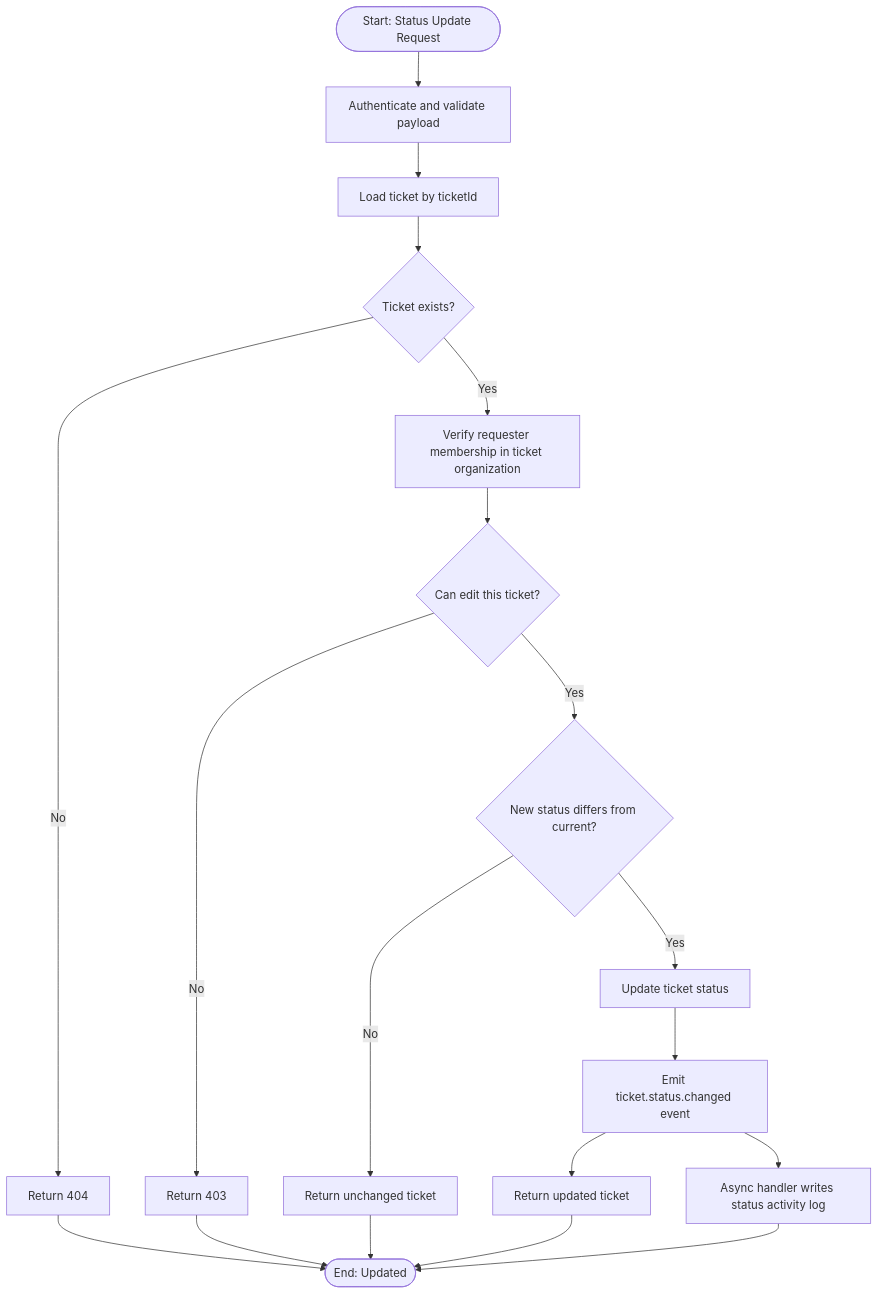
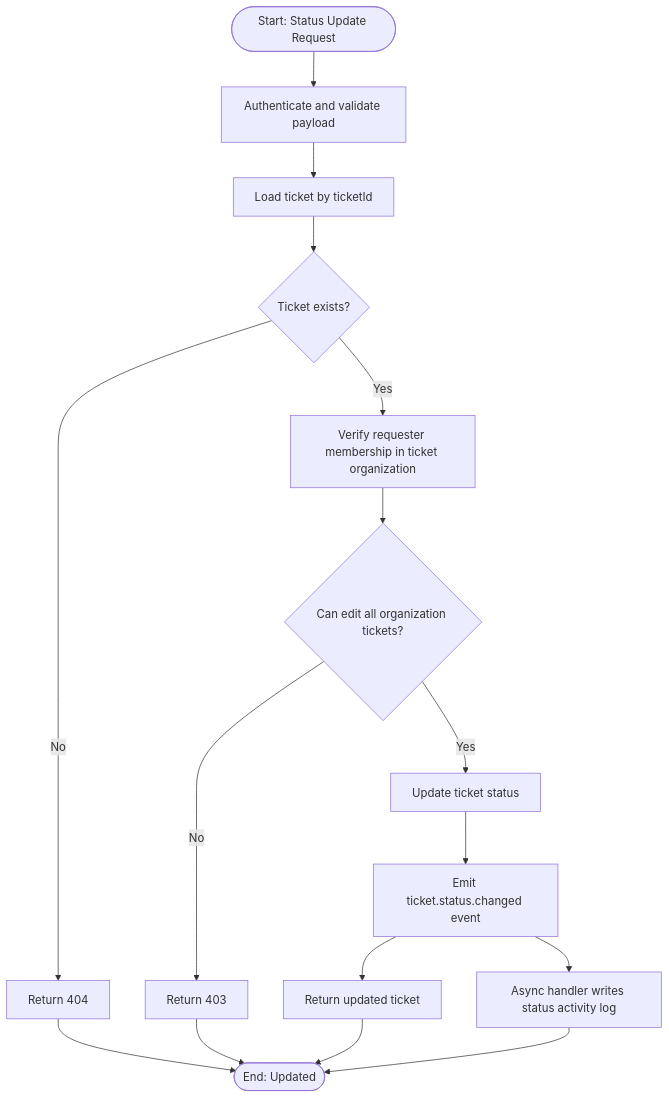
The diagram in docs/uml/08-activity-ticket-status-update.mmd (hardik-agarwal18/HelpForge), drawn with Mermaid before and after one commit. The commit also changed 8 other files, not shown here.

Commit message:
feat(uml): update UML diagrams for ticket and agent management with improved naming and logic

```diff
--- a/docs/uml/08-activity-ticket-status-update.mmd
+++ b/docs/uml/08-activity-ticket-status-update.mmd
@@ -1,20 +1,17 @@
 flowchart TD
   A([Start: Status Update Request]) --> B[Authenticate and validate payload]
   B --> C[Load ticket by ticketId]
   C --> D{Ticket exists?}
   D -->|No| X[Return 404]
   D -->|Yes| E[Verify requester membership in ticket organization]
-  E --> F{Can edit this ticket?}
+  E --> F{Can edit all organization tickets?}
   F -->|No| Y[Return 403]
-  F -->|Yes| G{New status differs from current?}
-  G -->|No| Z[Return unchanged ticket]
-  G -->|Yes| H[Update ticket status]
+  F -->|Yes| H[Update ticket status]
   H --> I[Emit ticket.status.changed event]
   I --> J[Return updated ticket]
   I --> K[Async handler writes status activity log]
   J --> L([End: Updated])
 
   X --> L
   Y --> L
-  Z --> L
   K --> L
```
